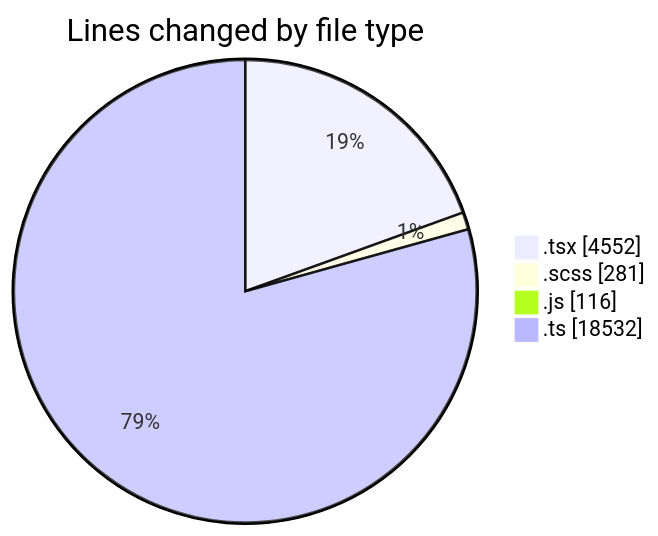
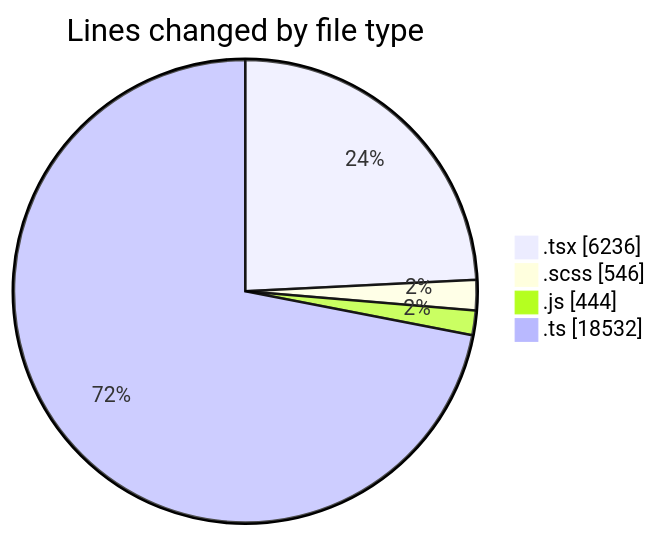
The first of 2 diagrams in 2025-11-11/cda/README.md (momahboobian/code-tracking), drawn with Mermaid before and after one commit. The commit also changed other lines of this file and 1 other file, not shown here.

````diff
--- a/2025-11-11/cda/README.md
+++ b/2025-11-11/cda/README.md
@@ -31,8 +32,8 @@
 ```mermaid
 pie showData
 title Lines changed by file type
-".tsx" : 4552
-".scss" : 281
-".js" : 116
+".tsx" : 6236
+".scss" : 546
+".js" : 444
 ".ts" : 18532
 ```
````
